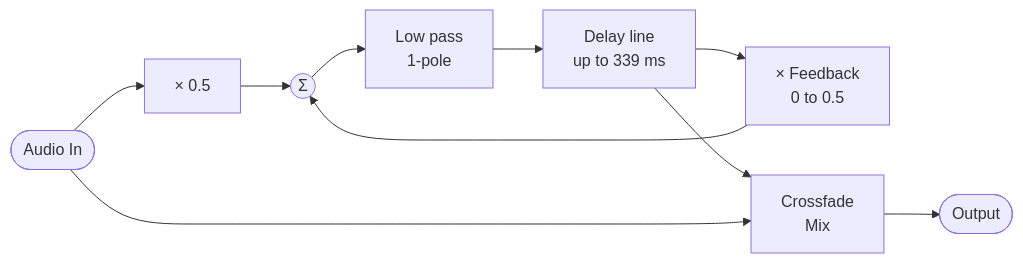
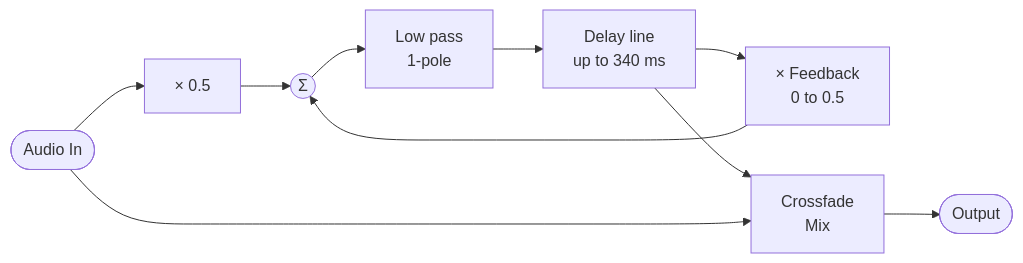
The fifth of 5 diagrams in spms1_type1/README.md (risgk/midi_synthesizer_spms1), drawn with Mermaid before and after one commit. The commit also changed other lines of this file and 3 other files, not shown here.

````diff
--- a/spms1_type1/README.md
+++ b/spms1_type1/README.md
@@ -259,12 +259,12 @@
 ```mermaid
 flowchart LR
   IN([Audio In]) --> H["× 0.5"]
   H --> SUM((Σ))
   SUM --> LPF["Low pass<br/>1-pole"]
-  LPF --> DL["Delay line<br/>up to 339 ms"]
+  LPF --> DL["Delay line<br/>up to 340 ms"]
   DL --> FB["× Feedback<br/>0 to 0.5"]
   FB --> SUM
   DL --> X["Crossfade<br/>Mix"]
   IN --> X
   X --> OUT([Output])
 ```
````
